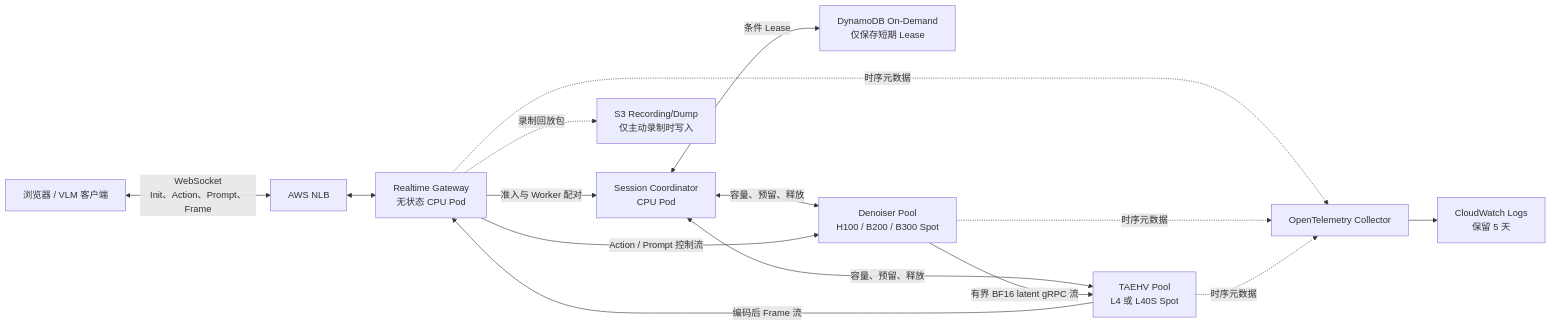
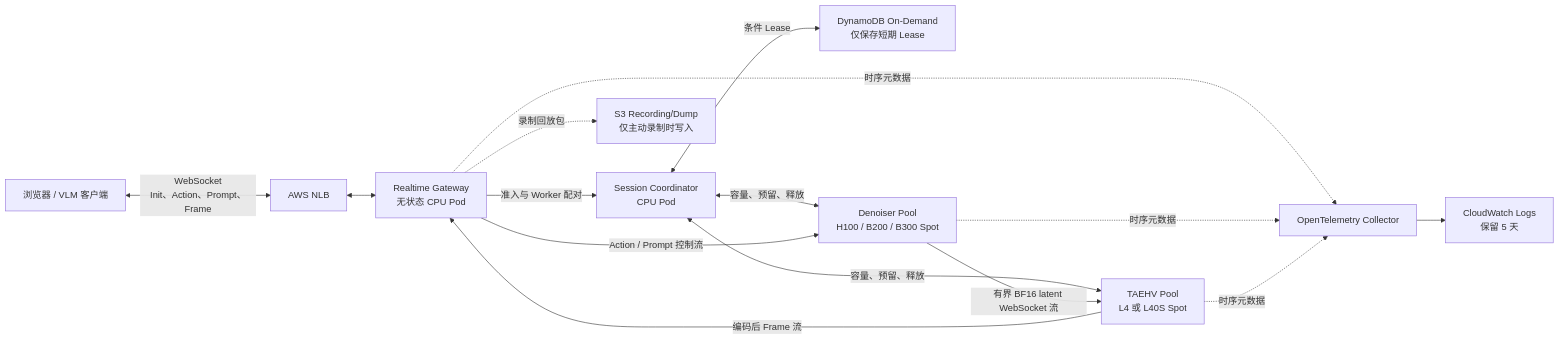
The first of 7 diagrams in docs/superpowers/specs/2026-08-03-minwm-async-vae-multiuser-design.md (seedleap/sglang), drawn with Mermaid before and after one commit. The commit also changed other lines of this file and 75 other files, not shown here.

````diff
--- a/docs/superpowers/specs/2026-08-03-minwm-async-vae-multiuser-design.md
+++ b/docs/superpowers/specs/2026-08-03-minwm-async-vae-multiuser-design.md
@@ -98,28 +95,28 @@
 ```mermaid
 flowchart LR
     Client["浏览器 / VLM 客户端"]
     NLB["AWS NLB"]
     Gateway["Realtime Gateway<br/>无状态 CPU Pod"]
     Coordinator["Session Coordinator<br/>CPU Pod"]
     DDB["DynamoDB On-Demand<br/>仅保存短期 Lease"]
     Denoiser["Denoiser Pool<br/>H100 / B200 / B300 Spot"]
     VAE["TAEHV Pool<br/>L4 或 L40S Spot"]
     OTel["OpenTelemetry Collector"]
     CloudWatch["CloudWatch Logs<br/>保留 5 天"]
     S3["S3 Recording/Dump<br/>仅主动录制时写入"]
 
     Client <-->|"WebSocket<br/>Init、Action、Prompt、Frame"| NLB
     NLB <--> Gateway
     Gateway -->|"准入与 Worker 配对"| Coordinator
     Coordinator <-->|"条件 Lease"| DDB
     Coordinator <-->|"容量、预留、释放"| Denoiser
     Coordinator <-->|"容量、预留、释放"| VAE
     Gateway -->|"Action / Prompt 控制流"| Denoiser
-    Denoiser -->|"有界 BF16 latent gRPC 流"| VAE
+    Denoiser -->|"有界 BF16 latent WebSocket 流"| VAE
     VAE -->|"编码后 Frame 流"| Gateway
     Gateway -.->|"时序元数据"| OTel
     Denoiser -.->|"时序元数据"| OTel
     VAE -.->|"时序元数据"| OTel
     OTel --> CloudWatch
     Gateway -.->|"录制回放包"| S3
 ```
````
